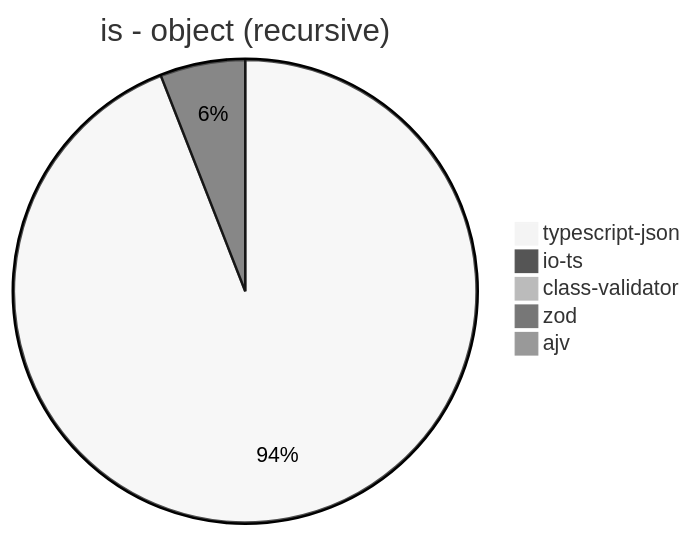
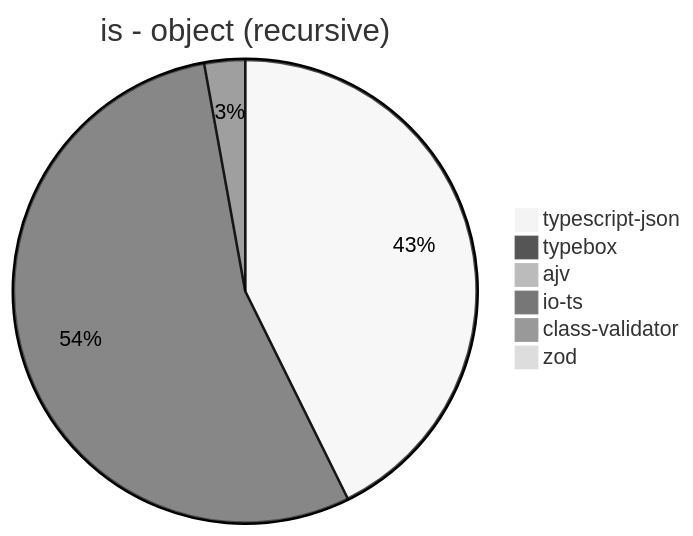
One commit to samchon/typia changed the second of 39 diagrams in benchmark/results/11th Gen Intel(R) Core(TM) i5-1135G7 @ 2.40GHz.md. Above: the diagram before and after it, drawn with Mermaid (neutral theme). The commit also changed other lines of this file and 16 other files, not shown here.

````diff
--- a/benchmark/results/11th Gen Intel(R) Core(TM) i5-1135G7 @ 2.40GHz.md
+++ b/benchmark/results/11th Gen Intel(R) Core(TM) i5-1135G7 @ 2.40GHz.md
@@ -31,8 +32,9 @@
 ```mermaid
 pie title is - object (recursive)
-  "typescript-json": 68240.71349760942
-  "io-ts": 4308.773903262093
-  "class-validator": 39.65485588397283
-  "zod": 71.8595721338453
+  "typescript-json": 66304.31602048282
+  "typebox": 84578.3940547399
   "ajv": 0
+  "io-ts": 4415.937272064187
+  "class-validator": 40.39463886820551
+  "zod": 71.25581395348837
 ```
````
